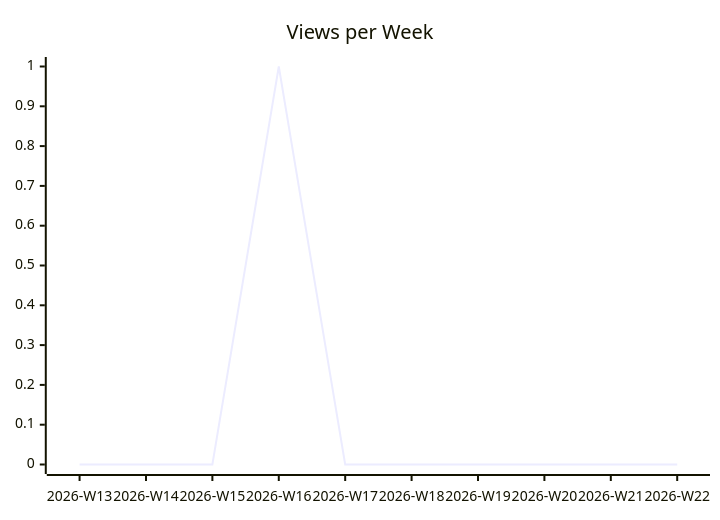
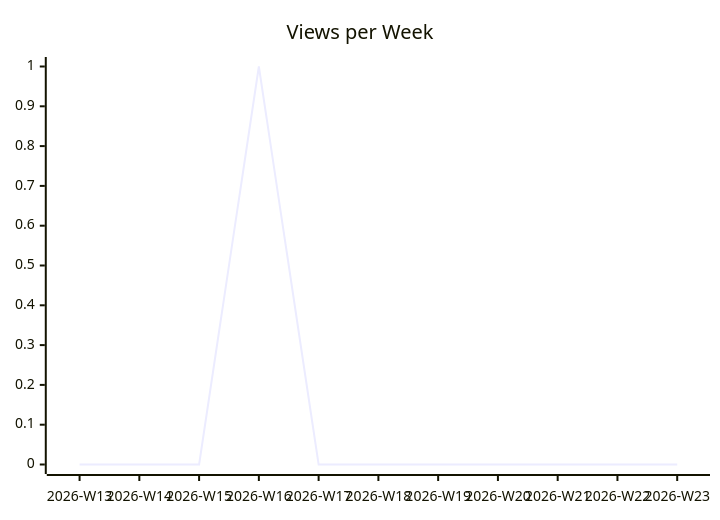
Before and after one commit to justdavis-family/github-analytics-data: the second of 3 diagrams in justdavis-family/github-analytics-data/README.md, drawn with Mermaid. The commit also changed other lines of this file and 186 other files, not shown here.

````diff
--- a/justdavis-family/github-analytics-data/README.md
+++ b/justdavis-family/github-analytics-data/README.md
@@ -12,6 +12,6 @@
 ```mermaid
 xychart-beta
   title "Views per Week"
-  x-axis ["2026-W13", "2026-W14", "2026-W15", "2026-W16", "2026-W17", "2026-W18", "2026-W19", "2026-W20", "2026-W21", "2026-W22"]
-  line [0, 0, 0, 1, 0, 0, 0, 0, 0, 0]
+  x-axis ["2026-W13", "2026-W14", "2026-W15", "2026-W16", "2026-W17", "2026-W18", "2026-W19", "2026-W20", "2026-W21", "2026-W22", "2026-W23"]
+  line [0, 0, 0, 1, 0, 0, 0, 0, 0, 0, 0]
 ```
````
